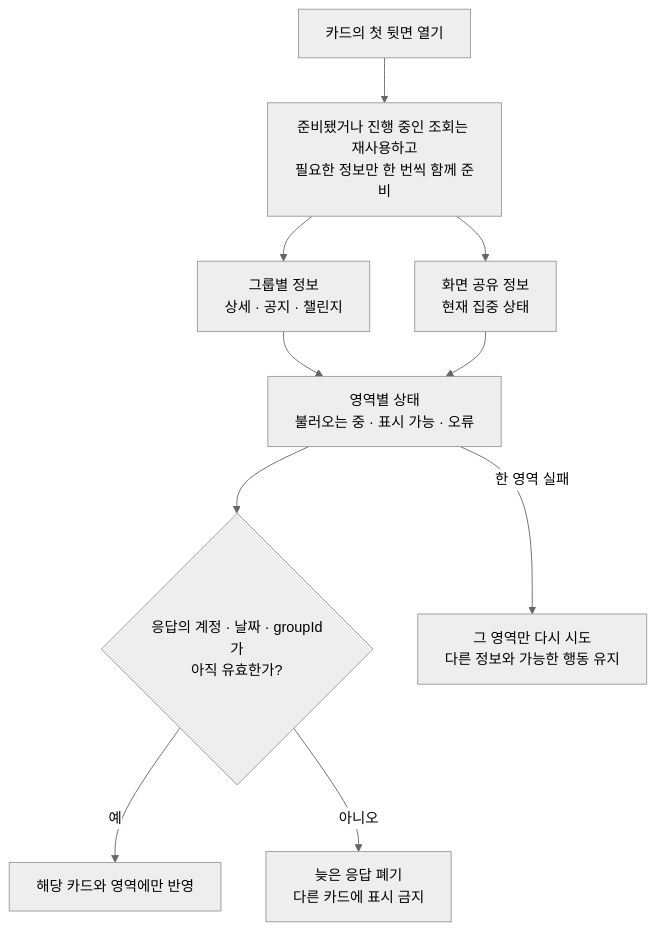
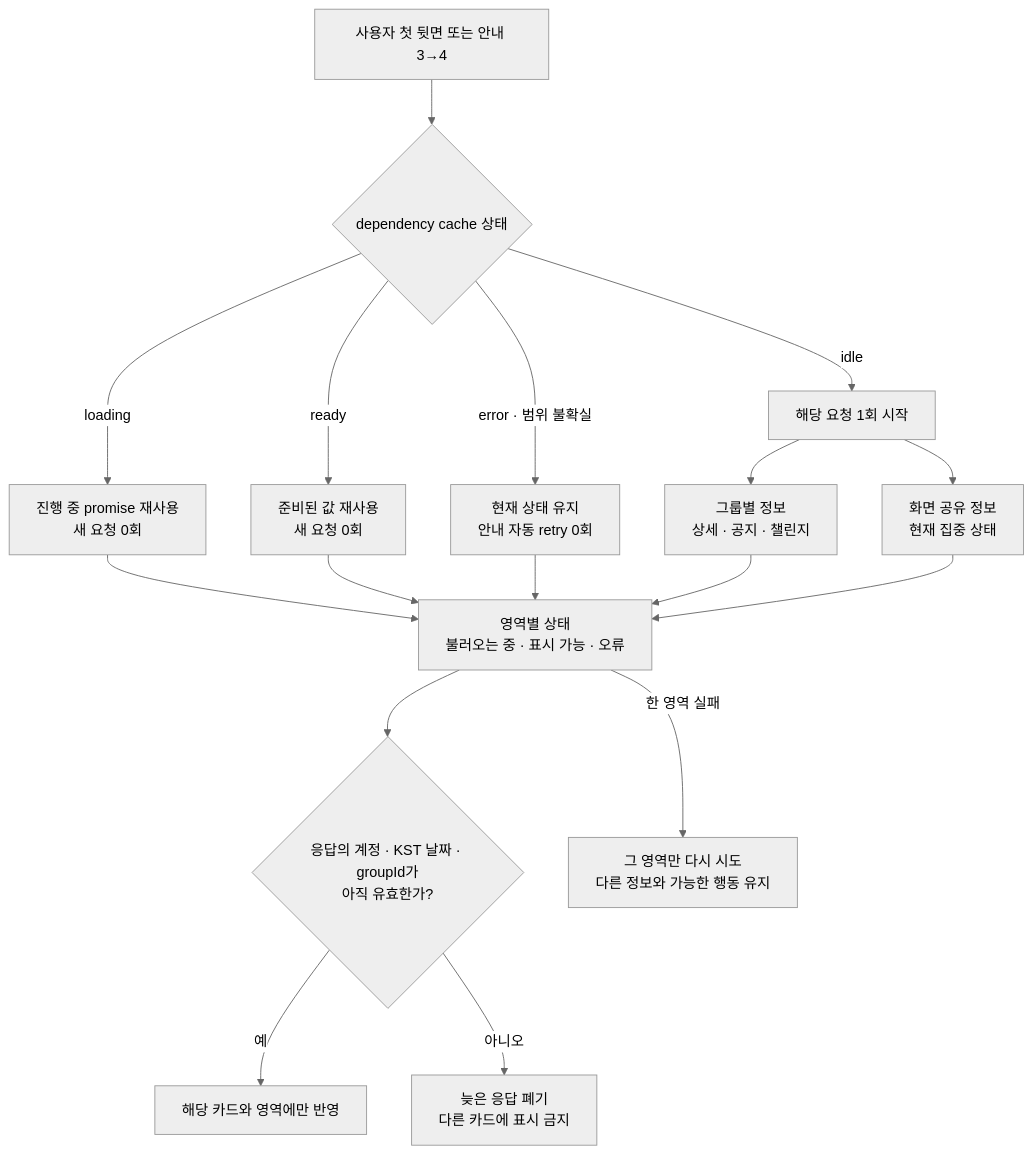
One commit to OneOrThree/phone changed the fourth of 8 diagrams in docs/prd/group/features/02-my-groups/low-level-design.md. Above: the diagram before and after it, drawn with Mermaid (neutral theme). The commit also changed other lines of this file and 21 other files, not shown here.

````diff
--- a/docs/prd/group/features/02-my-groups/low-level-design.md
+++ b/docs/prd/group/features/02-my-groups/low-level-design.md
@@ -109,14 +134,22 @@
 ```mermaid
 flowchart TB
-    Open["카드의 첫 뒷면 열기"] --> Parallel["준비됐거나 진행 중인 조회는 재사용하고<br/>필요한 정보만 한 번씩 함께 준비"]
-    Parallel --> Group["그룹별 정보<br/>상세 · 공지 · 챌린지"]
-    Parallel --> Focus["화면 공유 정보<br/>현재 집중 상태"]
+    Open["사용자 첫 뒷면 또는 안내 3→4"] --> Ensure{"dependency cache 상태"}
+    Ensure -->|idle| Start["해당 요청 1회 시작"]
+    Ensure -->|loading| Reuse["진행 중 promise 재사용<br/>새 요청 0회"]
+    Ensure -->|ready| Warm["준비된 값 재사용<br/>새 요청 0회"]
+    Ensure -->|error · 범위 불확실| Keep["현재 상태 유지<br/>안내 자동 retry 0회"]
+
+    Start --> Group["그룹별 정보<br/>상세 · 공지 · 챌린지"]
+    Start --> Focus["화면 공유 정보<br/>현재 집중 상태"]
+    Reuse --> State
+    Warm --> State
+    Keep --> State
 
     Group --> State["영역별 상태<br/>불러오는 중 · 표시 가능 · 오류"]
     Focus --> State
-    State --> Valid{"응답의 계정 · 날짜 · groupId가<br/>아직 유효한가?"}
+    State --> Valid{"응답의 계정 · KST 날짜 · groupId가<br/>아직 유효한가?"}
     Valid -->|예| Correct["해당 카드와 영역에만 반영"]
     Valid -->|아니오| Discard["늦은 응답 폐기<br/>다른 카드에 표시 금지"]
 
     State -->|한 영역 실패| Partial["그 영역만 다시 시도<br/>다른 정보와 가능한 행동 유지"]
 ```
````
